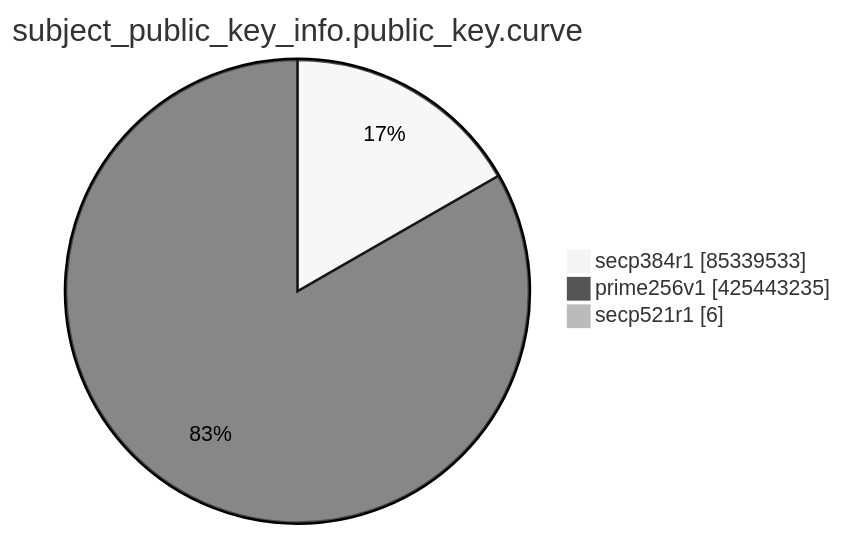
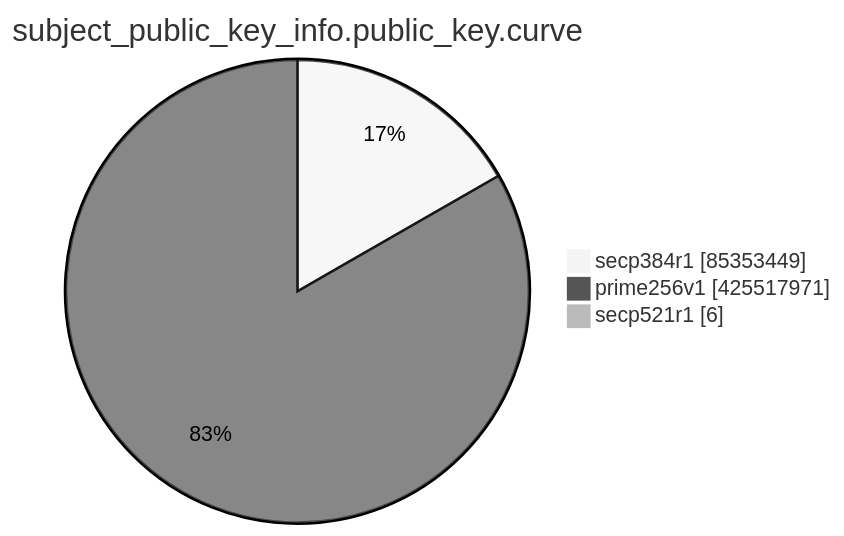
Before and after one commit to christiankrug/ctmonitor_visualization: the eighth of 15 diagrams in TOTAL/README.md, drawn with Mermaid (neutral theme). The commit also changed other lines of this file, not shown here.

````diff
--- a/TOTAL/README.md
+++ b/TOTAL/README.md
@@ -3100,7 +3100,7 @@
 ```mermaid
 pie showData
 title subject_public_key_info.public_key.curve
-"secp384r1" :85339533
-"prime256v1" :425443235
+"secp384r1" :85353449
+"prime256v1" :425517971
 "secp521r1" :6
 ```
````
